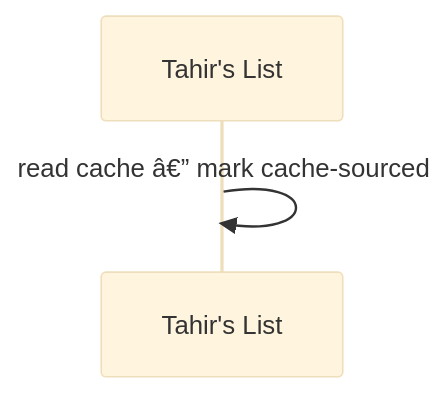
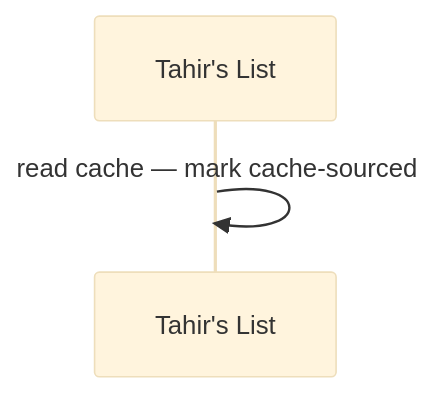
One commit to Losers-Lab/tahirs-list changed the fifth of 10 diagrams in docs/features/SC-211/04-blackbox/UC-01-run-sample-directory-ingestion.md. Above: the diagram before and after it, drawn with Mermaid (base theme). The commit also changed other lines of this file and 12 other files, not shown here.

````diff
--- a/docs/features/SC-211/04-blackbox/UC-01-run-sample-directory-ingestion.md
+++ b/docs/features/SC-211/04-blackbox/UC-01-run-sample-directory-ingestion.md
@@ -48,5 +48,5 @@
 ```mermaid
 sequenceDiagram
   participant TL as Tahir's List
-  TL->>TL: read cache â€” mark cache-sourced
+  TL->>TL: read cache — mark cache-sourced
 ```
````
